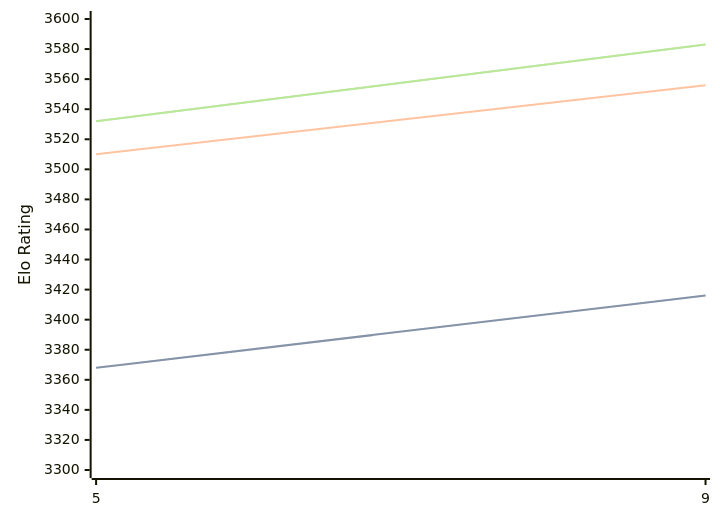
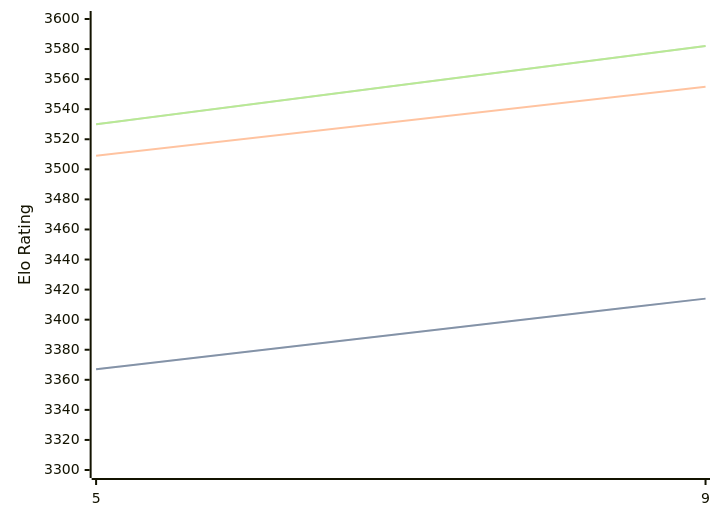
Before and after one commit to computer-chess-index/cci: the diagram in engines/Crystal.md, drawn with Mermaid. The commit also changed other lines of this file, not shown here.

Commit message:
Update CCI Ratings (ELO VLTC) - 2026-08-04

````diff
--- a/engines/Crystal.md
+++ b/engines/Crystal.md
@@ -60,11 +60,11 @@
 ```mermaid
 %%{init: {"theme":"base","themeVariables":{"seriesColors:['#a3a3a3','#222221','#faa371']}}}%%
 xychart-beta
   x-axis ["5", "9"]
   y-axis "Elo Rating" 3300 --> 3600
-  line "STC (8.0+0.08s)" [3368, 3416]
-  line "STC (8.0+0.08s)" [3368, 3416]
-  line "LTC (60.0+0.60s)" [3510, 3556]
-  line "VLTC (2m24s+1.12s)" [3532, 3583]
-  line "VLTC (2m24s+1.12s)" [3532, 3583]
+  line "STC (8.0+0.08s)" [3367, 3414]
+  line "STC (8.0+0.08s)" [3367, 3414]
+  line "LTC (60.0+0.60s)" [3509, 3555]
+  line "VLTC (2m24s+1.12s)" [3530, 3582]
+  line "VLTC (2m24s+1.12s)" [3530, 3582]
 ```
````
